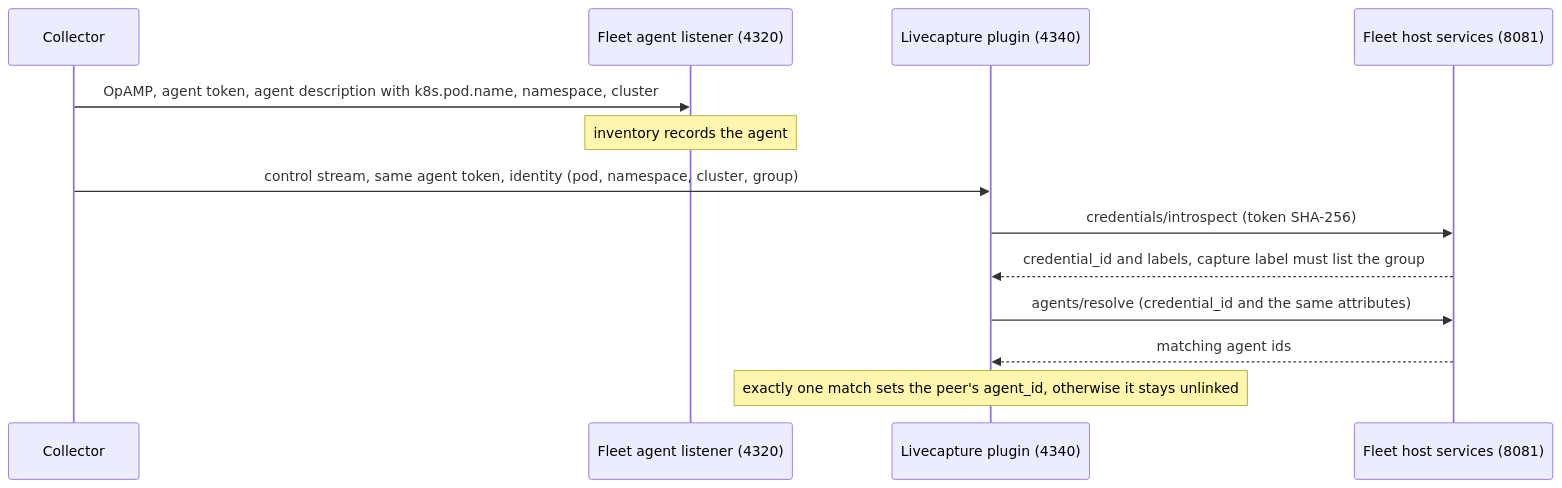
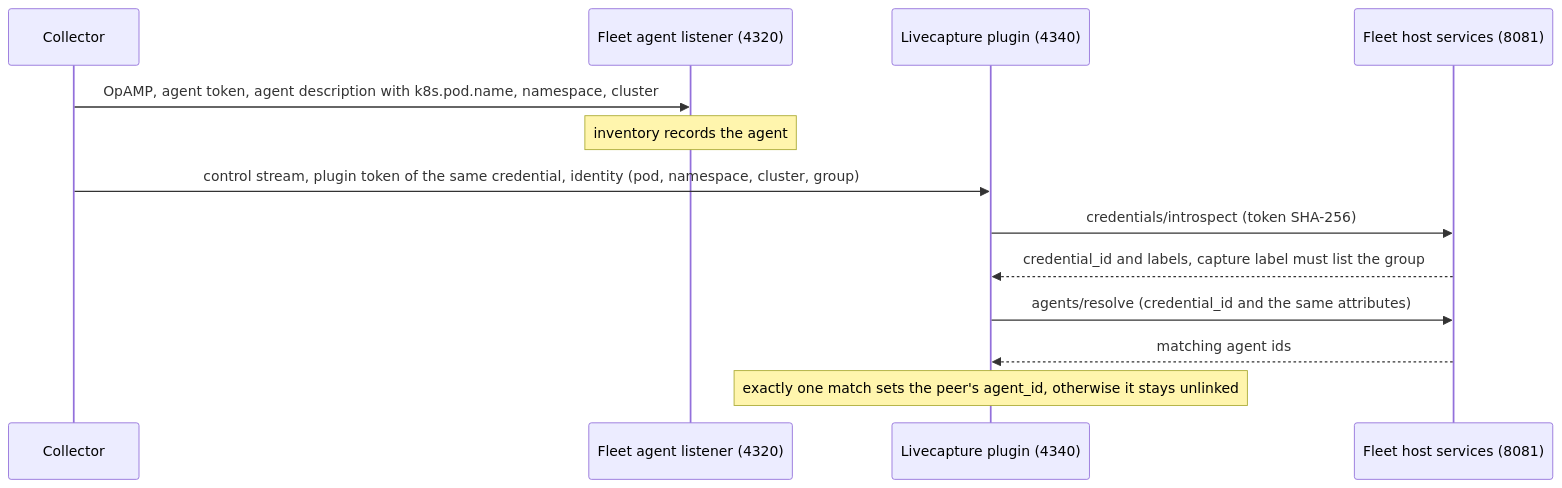
One commit to lineahq/linea changed the first of 2 diagrams in docs/fleet/livecapture.md. Above: the diagram before and after it, drawn with Mermaid. The commit also changed other lines of this file and 56 other files, not shown here.

````diff
--- a/docs/fleet/livecapture.md
+++ b/docs/fleet/livecapture.md
@@ -200,15 +204,15 @@
 ```mermaid
 sequenceDiagram
   participant K as Collector
   participant F as Fleet agent listener (4320)
   participant L as Livecapture plugin (4340)
   participant H as Fleet host services (8081)
   K->>F: OpAMP, agent token, agent description with k8s.pod.name, namespace, cluster
   Note over F: inventory records the agent
-  K->>L: control stream, same agent token, identity (pod, namespace, cluster, group)
+  K->>L: control stream, plugin token of the same credential, identity (pod, namespace, cluster, group)
   L->>H: credentials/introspect (token SHA-256)
   H-->>L: credential_id and labels, capture label must list the group
   L->>H: agents/resolve (credential_id and the same attributes)
   H-->>L: matching agent ids
   Note over L: exactly one match sets the peer's agent_id, otherwise it stays unlinked
 ```
````
